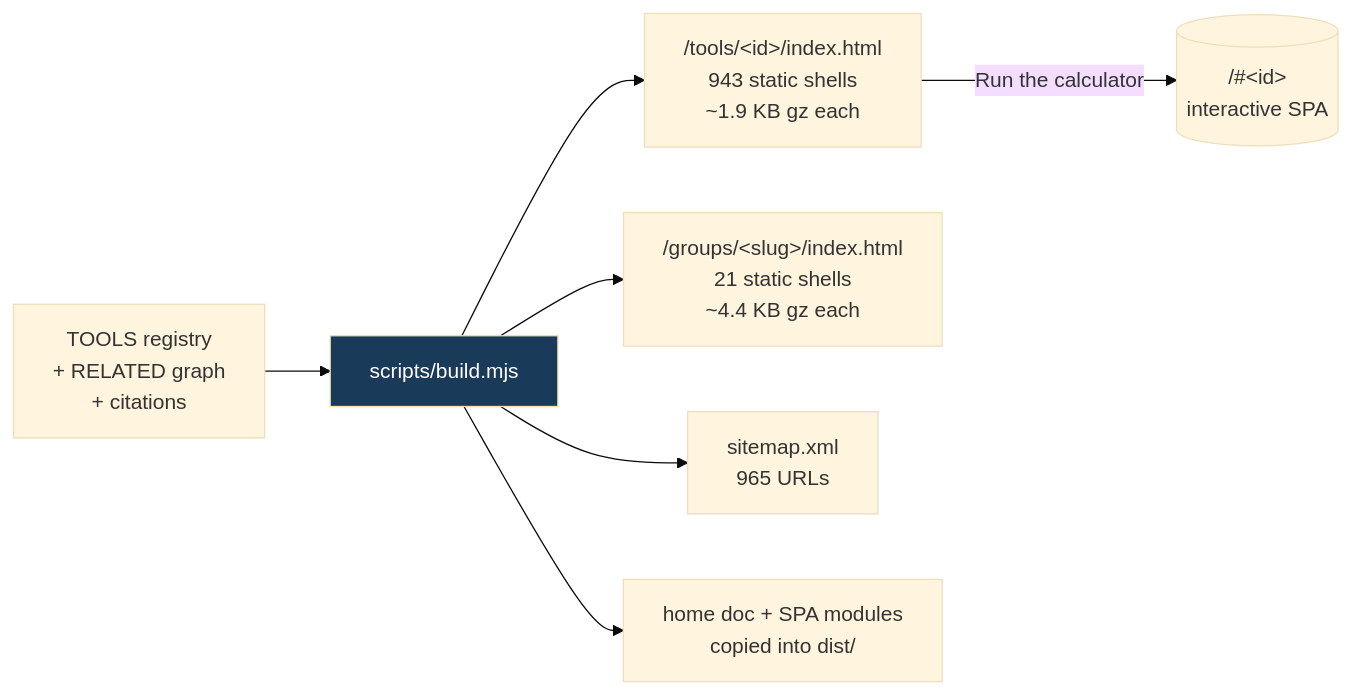
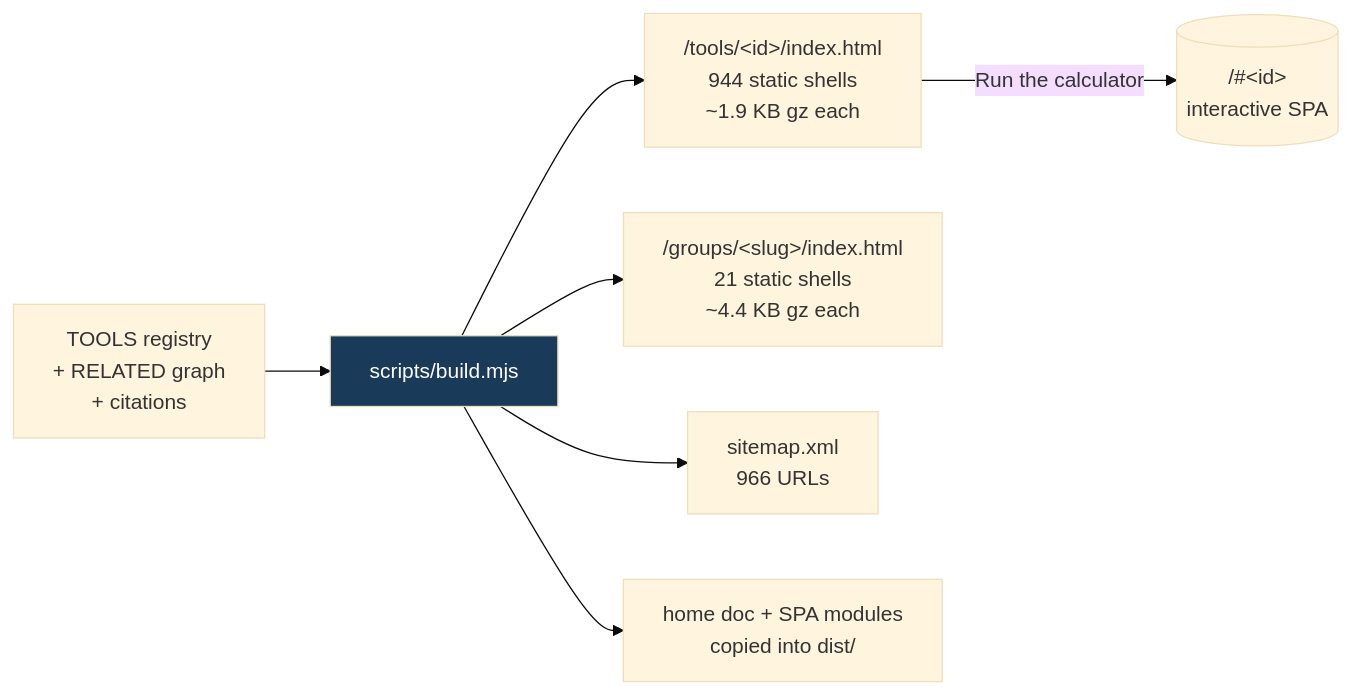
The fifth of 8 diagrams in README.md (clay-good/roughlogic.com), drawn with Mermaid (base theme) before and after one commit. The commit also changed other lines of this file and 12 other files, not shown here.

````diff
--- a/README.md
+++ b/README.md
@@ -495,10 +495,10 @@
 ```mermaid
 flowchart LR
     SRC[TOOLS registry\n+ RELATED graph\n+ citations] --> BUILD[scripts/build.mjs]
-    BUILD --> TILE["/tools/&lt;id&gt;/index.html\n943 static shells\n~1.9 KB gz each"]
+    BUILD --> TILE["/tools/&lt;id&gt;/index.html\n944 static shells\n~1.9 KB gz each"]
     BUILD --> GROUP["/groups/&lt;slug&gt;/index.html\n21 static shells\n~4.4 KB gz each"]
-    BUILD --> MAP["sitemap.xml\n965 URLs"]
+    BUILD --> MAP["sitemap.xml\n966 URLs"]
     BUILD --> COPY[home doc + SPA modules\ncopied into dist/]
     TILE -->|Run the calculator| SPA[("/#&lt;id&gt;\ninteractive SPA")]
     style BUILD fill:#1a3a5a,color:#fff
 ```
````
